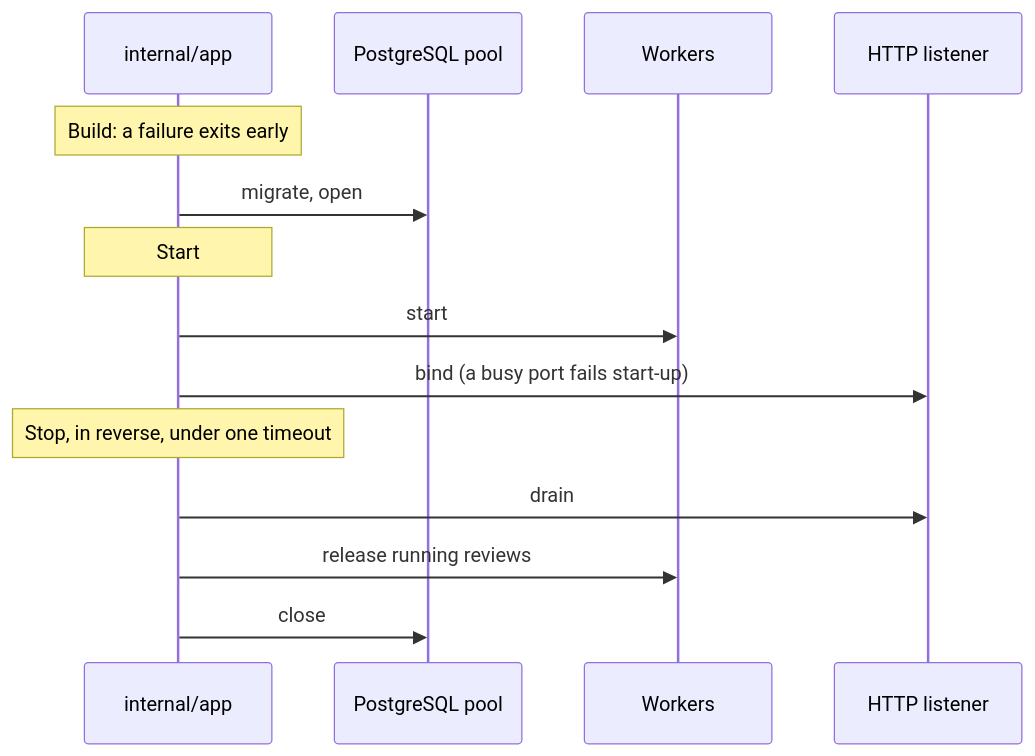
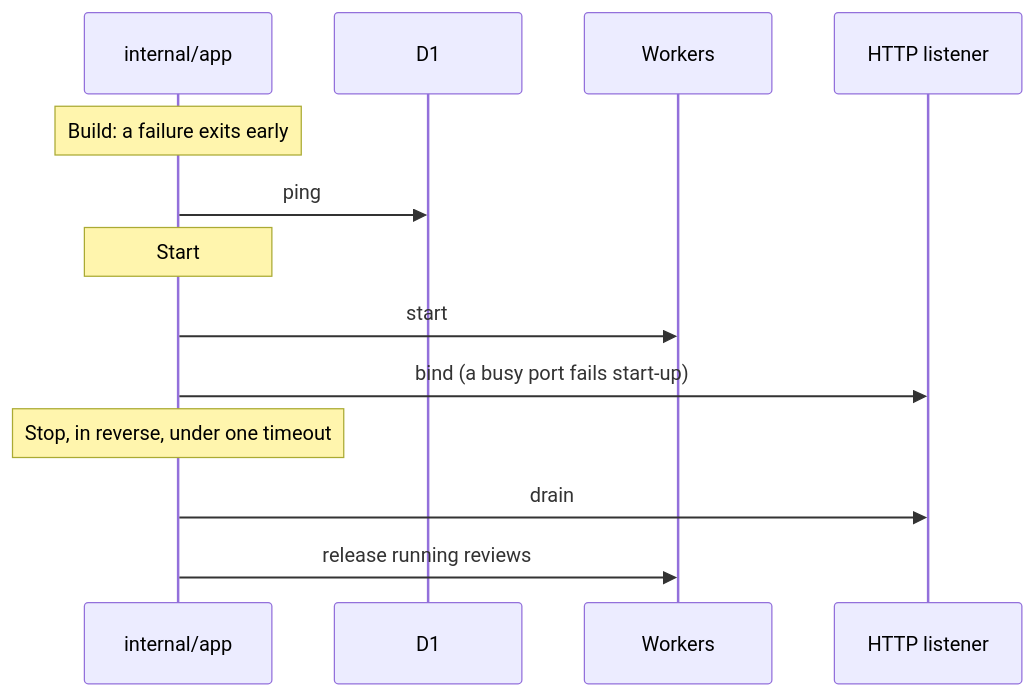
One commit to Pleasurecruise/eyeful changed the third of 3 diagrams in docs/cloud/SERVER.md. Above: the diagram before and after it, drawn with Mermaid. The commit also changed other lines of this file and 96 other files, not shown here.

````diff
--- a/docs/cloud/SERVER.md
+++ b/docs/cloud/SERVER.md
@@ -77,16 +85,15 @@
 ```mermaid
 sequenceDiagram
     participant fx as internal/app
-    participant db as PostgreSQL pool
+    participant db as D1
     participant w as Workers
     participant http as HTTP listener
     Note over fx: Build: a failure exits early
-    fx->>db: migrate, open
+    fx->>db: ping
     Note over fx: Start
     fx->>w: start
     fx->>http: bind (a busy port fails start-up)
     Note over fx: Stop, in reverse, under one timeout
     fx->>http: drain
     fx->>w: release running reviews
-    fx->>db: close
 ```
````
